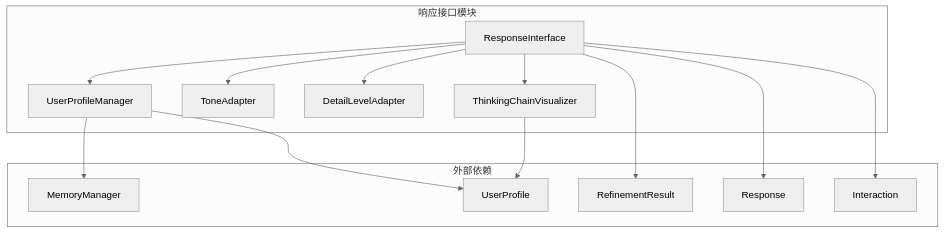
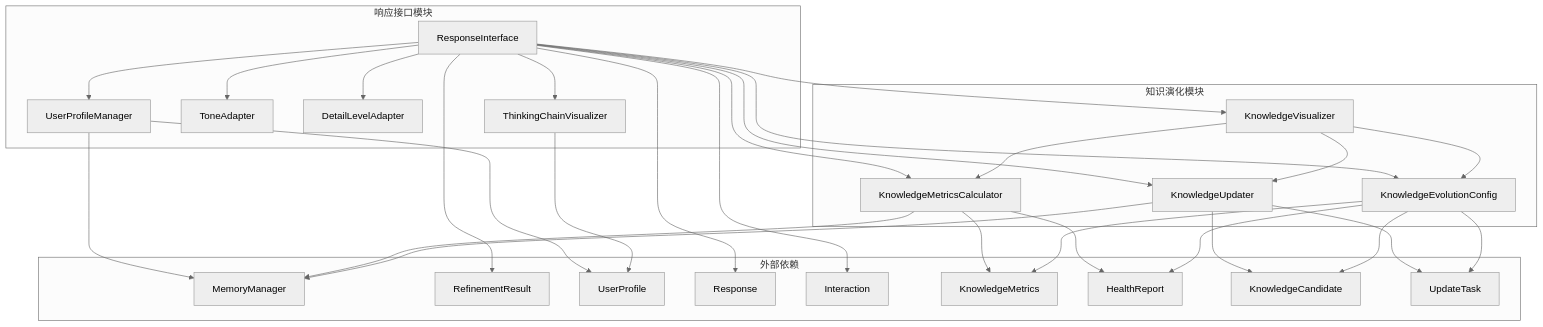
The ninth of 9 diagrams in .qoder/repowiki/zh/content/响应接口/响应接口.md (JieGaoPrinceton/NecoRAG), drawn with Mermaid (neutral theme) before and after one commit. The commit also changed other lines of this file and 15 other files, not shown here.

````diff
--- a/.qoder/repowiki/zh/content/响应接口/响应接口.md
+++ b/.qoder/repowiki/zh/content/响应接口/响应接口.md
@@ -410,27 +655,54 @@
 ```mermaid
 graph TB
 subgraph "响应接口模块"
 A[ResponseInterface]
 B[UserProfileManager]
 C[ToneAdapter]
 D[DetailLevelAdapter]
 E[ThinkingChainVisualizer]
 end
+subgraph "知识演化模块"
+F[KnowledgeVisualizer]
+G[KnowledgeMetricsCalculator]
+H[KnowledgeUpdater]
+I[KnowledgeEvolutionConfig]
+end
 subgraph "外部依赖"
-F[MemoryManager]
-G[RefinementResult]
-H[UserProfile]
-I[Response]
-J[Interaction]
+J[MemoryManager]
+K[RefinementResult]
+L[UserProfile]
+M[Response]
+N[Interaction]
+O[KnowledgeMetrics]
+P[HealthReport]
+Q[KnowledgeCandidate]
+R[UpdateTask]
 end
 A --> B
 A --> C
 A --> D
 A --> E
+A --> F
 A --> G
-B --> F
-B --> H
+A --> H
 A --> I
-A --> J
-E --> H
+A --> K
+B --> J
+B --> L
+A --> M
+A --> N
+E --> L
+F --> G
+F --> H
+F --> I
+G --> J
+G --> O
+G --> P
+H --> J
+H --> Q
+H --> R
+I --> O
+I --> P
+I --> Q
+I --> R
 ```
````
